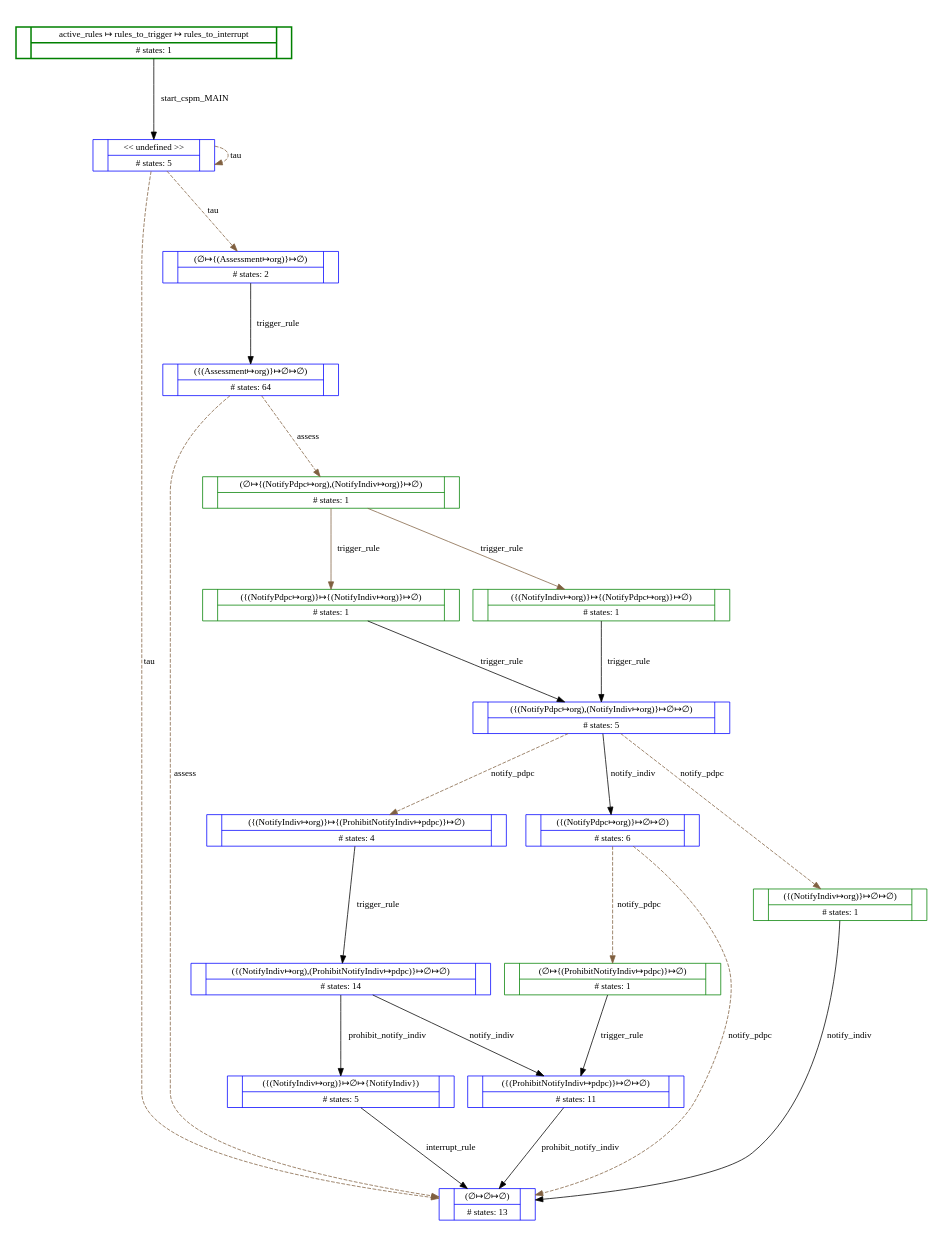
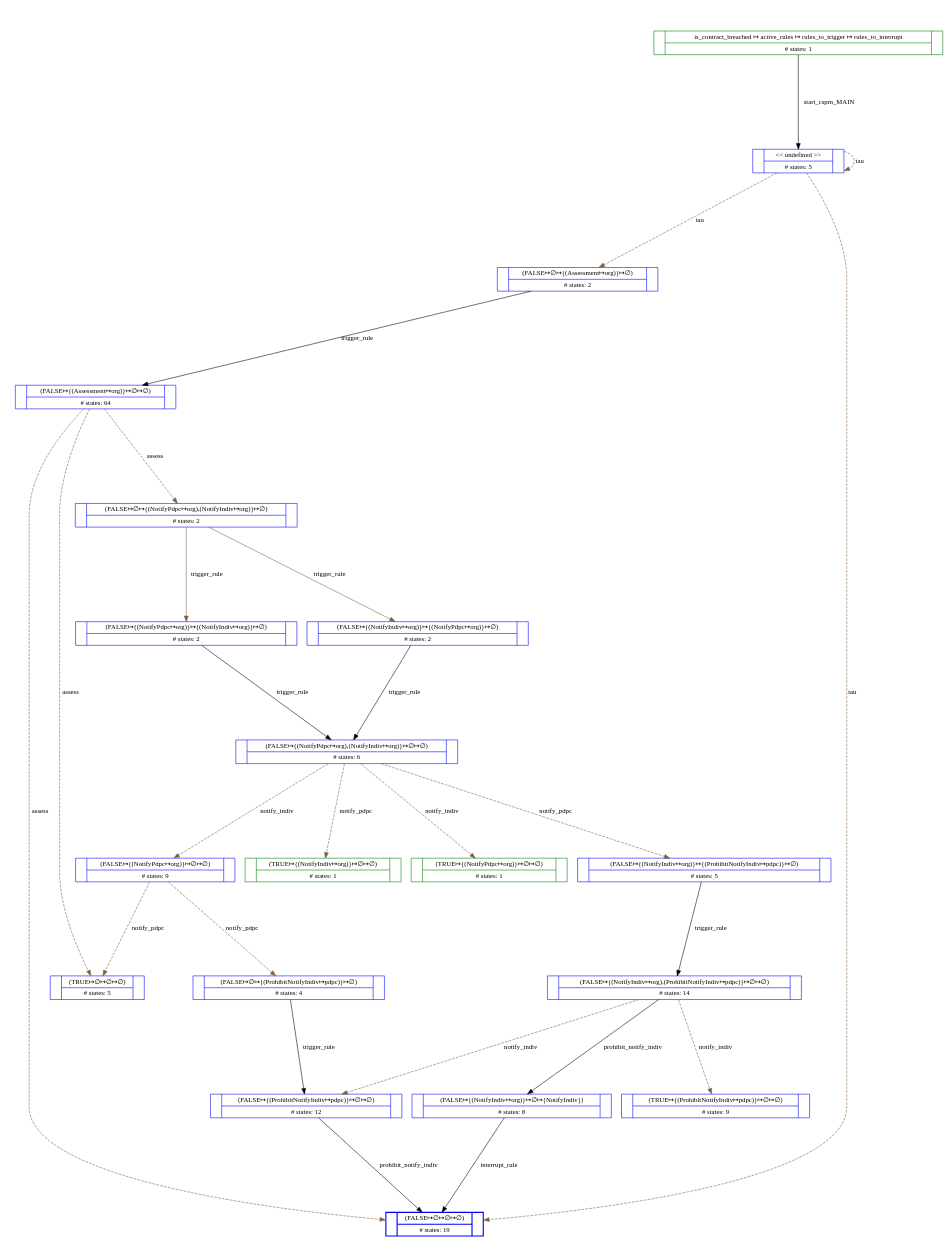
Before and after one commit to smucclaw/sandbox: the diagram in joe/bmethod/prob_projects/classicalb/pdpa/evidence.dot, drawn with Graphviz. The commit also changed 18 other files, not shown here.

```diff
--- a/joe/bmethod/prob_projects/classicalb/pdpa/evidence.dot
+++ b/joe/bmethod/prob_projects/classicalb/pdpa/evidence.dot
@@ -1,44 +1,49 @@
 digraph prob_graph { graph [page="8.5, 11",ratio=fill,size="7.5,10"];
- 1 [shape=record, style="bold", color="green", fontsize=12, label="|{active_rules &#8614; rules_to_trigger &#8614; rules_to_interrupt\n|# states: 1}|"];
+ 1 [shape=record, color="green", fontsize=12, label="|{is_contract_breached &#8614; active_rules &#8614; rules_to_trigger &#8614; rules_to_interrupt\n|# states: 1}|"];
  2 [shape=record, color="blue", fontsize=12, label="|{\<\< undefined \>\>\n|# states: 5}|"];
- 4 [shape=record, color="blue", fontsize=12, label="|{(&empty;&#8614;\{(Assessment&#8614;org)\}&#8614;&empty;)\n|# states: 2}|"];
- 6 [shape=record, color="green", fontsize=12, label="|{(&empty;&#8614;\{(NotifyPdpc&#8614;org),(NotifyIndiv&#8614;org)\}&#8614;&empty;)\n|# states: 1}|"];
- 7 [shape=record, color="green", fontsize=12, label="|{(\{(NotifyPdpc&#8614;org)\}&#8614;\{(NotifyIndiv&#8614;org)\}&#8614;&empty;)\n|# states: 1}|"];
- 8 [shape=record, color="green", fontsize=12, label="|{(\{(NotifyIndiv&#8614;org)\}&#8614;\{(NotifyPdpc&#8614;org)\}&#8614;&empty;)\n|# states: 1}|"];
- 13 [shape=record, color="green", fontsize=12, label="|{(&empty;&#8614;\{(ProhibitNotifyIndiv&#8614;pdpc)\}&#8614;&empty;)\n|# states: 1}|"];
- 9 [shape=record, color="blue", fontsize=12, label="|{(\{(NotifyPdpc&#8614;org),(NotifyIndiv&#8614;org)\}&#8614;&empty;&#8614;&empty;)\n|# states: 5}|"];
- 10 [shape=record, color="blue", fontsize=12, label="|{(\{(NotifyIndiv&#8614;org)\}&#8614;\{(ProhibitNotifyIndiv&#8614;pdpc)\}&#8614;&empty;)\n|# states: 4}|"];
- 14 [shape=record, color="green", fontsize=12, label="|{(\{(NotifyIndiv&#8614;org)\}&#8614;&empty;&#8614;&empty;)\n|# states: 1}|"];
- 11 [shape=record, color="blue", fontsize=12, label="|{(\{(NotifyPdpc&#8614;org)\}&#8614;&empty;&#8614;&empty;)\n|# states: 6}|"];
- 15 [shape=record, color="blue", fontsize=12, label="|{(\{(NotifyIndiv&#8614;org)\}&#8614;&empty;&#8614;\{NotifyIndiv\})\n|# states: 5}|"];
- 12 [shape=record, color="blue", fontsize=12, label="|{(\{(NotifyIndiv&#8614;org),(ProhibitNotifyIndiv&#8614;pdpc)\}&#8614;&empty;&#8614;&empty;)\n|# states: 14}|"];
- 16 [shape=record, color="blue", fontsize=12, label="|{(\{(ProhibitNotifyIndiv&#8614;pdpc)\}&#8614;&empty;&#8614;&empty;)\n|# states: 11}|"];
- 5 [shape=record, color="blue", fontsize=12, label="|{(\{(Assessment&#8614;org)\}&#8614;&empty;&#8614;&empty;)\n|# states: 64}|"];
- 3 [shape=record, color="blue", fontsize=12, label="|{(&empty;&#8614;&empty;&#8614;&empty;)\n|# states: 13}|"];
+ 4 [shape=record, color="blue", fontsize=12, label="|{(FALSE&#8614;&empty;&#8614;\{(Assessment&#8614;org)\}&#8614;&empty;)\n|# states: 2}|"];
+ 6 [shape=record, color="blue", fontsize=12, label="|{(FALSE&#8614;&empty;&#8614;\{(NotifyPdpc&#8614;org),(NotifyIndiv&#8614;org)\}&#8614;&empty;)\n|# states: 2}|"];
+ 13 [shape=record, color="green", fontsize=12, label="|{(TRUE&#8614;\{(NotifyIndiv&#8614;org)\}&#8614;&empty;&#8614;&empty;)\n|# states: 1}|"];
+ 14 [shape=record, color="green", fontsize=12, label="|{(TRUE&#8614;\{(NotifyPdpc&#8614;org)\}&#8614;&empty;&#8614;&empty;)\n|# states: 1}|"];
+ 16 [shape=record, color="blue", fontsize=12, label="|{(FALSE&#8614;\{(NotifyIndiv&#8614;org)\}&#8614;&empty;&#8614;\{NotifyIndiv\})\n|# states: 8}|"];
+ 15 [shape=record, color="blue", fontsize=12, label="|{(FALSE&#8614;\{(NotifyIndiv&#8614;org),(ProhibitNotifyIndiv&#8614;pdpc)\}&#8614;&empty;&#8614;&empty;)\n|# states: 14}|"];
+ 17 [shape=record, color="blue", fontsize=12, label="|{(FALSE&#8614;\{(ProhibitNotifyIndiv&#8614;pdpc)\}&#8614;&empty;&#8614;&empty;)\n|# states: 12}|"];
+ 18 [shape=record, color="blue", fontsize=12, label="|{(TRUE&#8614;\{(ProhibitNotifyIndiv&#8614;pdpc)\}&#8614;&empty;&#8614;&empty;)\n|# states: 9}|"];
+ 8 [shape=record, color="blue", fontsize=12, label="|{(FALSE&#8614;\{(NotifyPdpc&#8614;org)\}&#8614;\{(NotifyIndiv&#8614;org)\}&#8614;&empty;)\n|# states: 2}|"];
+ 9 [shape=record, color="blue", fontsize=12, label="|{(FALSE&#8614;\{(NotifyIndiv&#8614;org)\}&#8614;\{(NotifyPdpc&#8614;org)\}&#8614;&empty;)\n|# states: 2}|"];
+ 10 [shape=record, color="blue", fontsize=12, label="|{(FALSE&#8614;\{(NotifyPdpc&#8614;org),(NotifyIndiv&#8614;org)\}&#8614;&empty;&#8614;&empty;)\n|# states: 6}|"];
+ 11 [shape=record, color="blue", fontsize=12, label="|{(FALSE&#8614;\{(NotifyIndiv&#8614;org)\}&#8614;\{(ProhibitNotifyIndiv&#8614;pdpc)\}&#8614;&empty;)\n|# states: 5}|"];
+ 12 [shape=record, color="blue", fontsize=12, label="|{(FALSE&#8614;\{(NotifyPdpc&#8614;org)\}&#8614;&empty;&#8614;&empty;)\n|# states: 9}|"];
+ 19 [shape=record, color="blue", fontsize=12, label="|{(FALSE&#8614;&empty;&#8614;\{(ProhibitNotifyIndiv&#8614;pdpc)\}&#8614;&empty;)\n|# states: 4}|"];
+ 5 [shape=record, color="blue", fontsize=12, label="|{(FALSE&#8614;\{(Assessment&#8614;org)\}&#8614;&empty;&#8614;&empty;)\n|# states: 64}|"];
+ 7 [shape=record, color="blue", fontsize=12, label="|{(TRUE&#8614;&empty;&#8614;&empty;&#8614;&empty;)\n|# states: 5}|"];
+ 3 [shape=record, style="bold", color="blue", fontsize=12, label="|{(FALSE&#8614;&empty;&#8614;&empty;&#8614;&empty;)\n|# states: 19}|"];
 
 
  1 ->  2 [color="black", label="start_cspm_MAIN", fontsize=12];
  2 ->  2 [color="#806040",style="dashed", label="tau", fontsize=12];
  2 ->  3 [color="#806040",style="dashed", label="tau", fontsize=12];
  2 ->  4 [color="#806040",style="dashed", label="tau", fontsize=12];
  4 ->  5 [color="black", label="trigger_rule", fontsize=12];
  5 ->  6 [color="#806040",style="dashed", label="assess", fontsize=12];
+ 6 ->  8 [color="#806040", label="trigger_rule", fontsize=12];
+ 6 ->  9 [color="#806040", label="trigger_rule", fontsize=12];
+ 5 ->  7 [color="#806040",style="dashed", label="assess", fontsize=12];
+ 8 ->  10 [color="black", label="trigger_rule", fontsize=12];
+ 9 ->  10 [color="black", label="trigger_rule", fontsize=12];
+ 10 ->  11 [color="#806040",style="dashed", label="notify_pdpc", fontsize=12];
+ 10 ->  12 [color="#806040",style="dashed", label="notify_indiv", fontsize=12];
+ 11 ->  15 [color="black", label="trigger_rule", fontsize=12];
+ 12 ->  19 [color="#806040",style="dashed", label="notify_pdpc", fontsize=12];
+ 10 ->  13 [color="#806040",style="dashed", label="notify_pdpc", fontsize=12];
+ 10 ->  14 [color="#806040",style="dashed", label="notify_indiv", fontsize=12];
+ 15 ->  16 [color="black", label="prohibit_notify_indiv", fontsize=12];
+ 15 ->  17 [color="#806040",style="dashed", label="notify_indiv", fontsize=12];
+ 15 ->  18 [color="#806040",style="dashed", label="notify_indiv", fontsize=12];
+ 16 ->  3 [color="black", label="interrupt_rule", fontsize=12];
+ 17 ->  3 [color="black", label="prohibit_notify_indiv", fontsize=12];
+ 12 ->  7 [color="#806040",style="dashed", label="notify_pdpc", fontsize=12];
+ 19 ->  17 [color="black", label="trigger_rule", fontsize=12];
  5 ->  3 [color="#806040",style="dashed", label="assess", fontsize=12];
- 6 ->  7 [color="#806040", label="trigger_rule", fontsize=12];
- 6 ->  8 [color="#806040", label="trigger_rule", fontsize=12];
- 7 ->  9 [color="black", label="trigger_rule", fontsize=12];
- 8 ->  9 [color="black", label="trigger_rule", fontsize=12];
- 9 ->  10 [color="#806040",style="dashed", label="notify_pdpc", fontsize=12];
- 9 ->  11 [color="black", label="notify_indiv", fontsize=12];
- 10 ->  12 [color="black", label="trigger_rule", fontsize=12];
- 11 ->  13 [color="#806040",style="dashed", label="notify_pdpc", fontsize=12];
- 12 ->  15 [color="black", label="prohibit_notify_indiv", fontsize=12];
- 12 ->  16 [color="black", label="notify_indiv", fontsize=12];
- 13 ->  16 [color="black", label="trigger_rule", fontsize=12];
- 9 ->  14 [color="#806040",style="dashed", label="notify_pdpc", fontsize=12];
- 14 ->  3 [color="black", label="notify_indiv", fontsize=12];
- 11 ->  3 [color="#806040",style="dashed", label="notify_pdpc", fontsize=12];
- 15 ->  3 [color="black", label="interrupt_rule", fontsize=12];
- 16 ->  3 [color="black", label="prohibit_notify_indiv", fontsize=12];
 
 }
```
